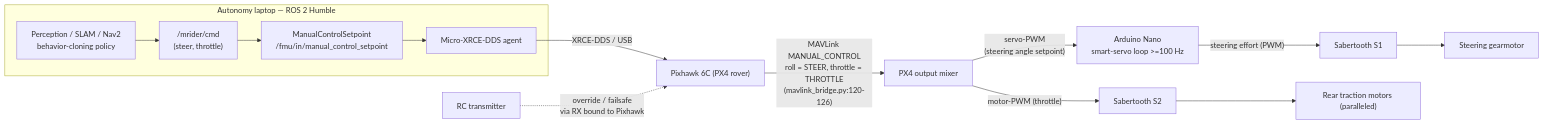
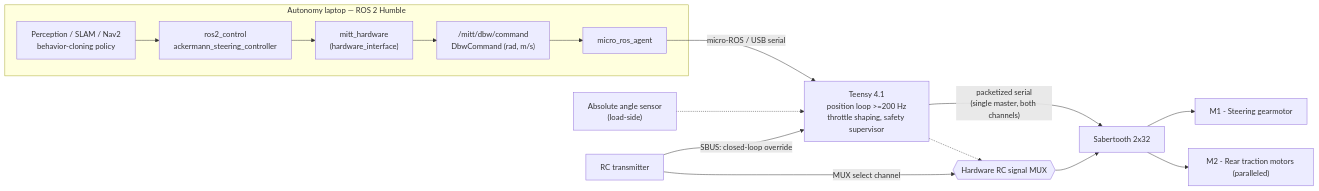
One commit to jrkwon/mrider changed the first of 3 diagrams in docs/design/architecture.md. Above: the diagram before and after it, drawn with Mermaid. The commit also changed other lines of this file and 25 other files, not shown here.

````diff
--- a/docs/design/architecture.md
+++ b/docs/design/architecture.md
@@ -75,22 +101,24 @@
 ```mermaid
 flowchart LR
     subgraph LAPTOP["Autonomy laptop — ROS 2 Humble"]
         AUT["Perception / SLAM / Nav2<br/>behavior-cloning policy"]
-        CMD["/mrider/cmd<br/>(steer, throttle)"]
-        MC["ManualControlSetpoint<br/>/fmu/in/manual_control_setpoint"]
-        AGENT["Micro-XRCE-DDS agent"]
-        AUT --> CMD --> MC --> AGENT
+        RC2["ros2_control<br/>ackermann_steering_controller"]
+        HW["mitt_hardware<br/>(hardware_interface)"]
+        CMD["/mitt/dbw/command<br/>DbwCommand (rad, m/s)"]
+        AGENT["micro_ros_agent"]
+        AUT --> RC2 --> HW --> CMD --> AGENT
     end
 
-    AGENT -- "XRCE-DDS / USB" --> PX["Pixhawk 6C (PX4 rover)"]
-    PX -- "MAVLink MANUAL_CONTROL<br/>roll = STEER, throttle = THROTTLE<br/>(mavlink_bridge.py:120-126)" --> PXOUT["PX4 output mixer"]
+    AGENT -- "micro-ROS / USB serial" --> TEENSY["Teensy 4.1<br/>position loop >=200 Hz<br/>throttle shaping, safety supervisor"]
 
-    PXOUT -- "servo-PWM<br/>(steering angle setpoint)" --> NANO["Arduino Nano<br/>smart-servo loop >=100 Hz"]
-    PXOUT -- "motor-PWM (throttle)" --> S2["Sabertooth S2"]
+    TEENSY -- "packetized serial<br/>(single master, both channels)" --> SABER["Sabertooth 2x32"]
+    SABER --> STEERM["M1 - Steering gearmotor"]
+    SABER --> DRIVEM["M2 - Rear traction motors (paralleled)"]
 
-    NANO -- "steering effort (PWM)" --> S1["Sabertooth S1"]
-    S1 --> STEERM["Steering gearmotor"]
-    S2 --> DRIVEM["Rear traction motors (paralleled)"]
+    ANG["Absolute angle sensor<br/>(load-side)"] -.-> TEENSY
 
-    RC["RC transmitter"] -. "override / failsafe<br/>via RX bound to Pixhawk" .-> PX
+    RC["RC transmitter"] -- "SBUS: closed-loop override" --> TEENSY
+    RC -- "MUX select channel" --> SMUX{{"Hardware RC signal MUX"}}
+    TEENSY -.-> SMUX
+    SMUX --> SABER
 ```
````
